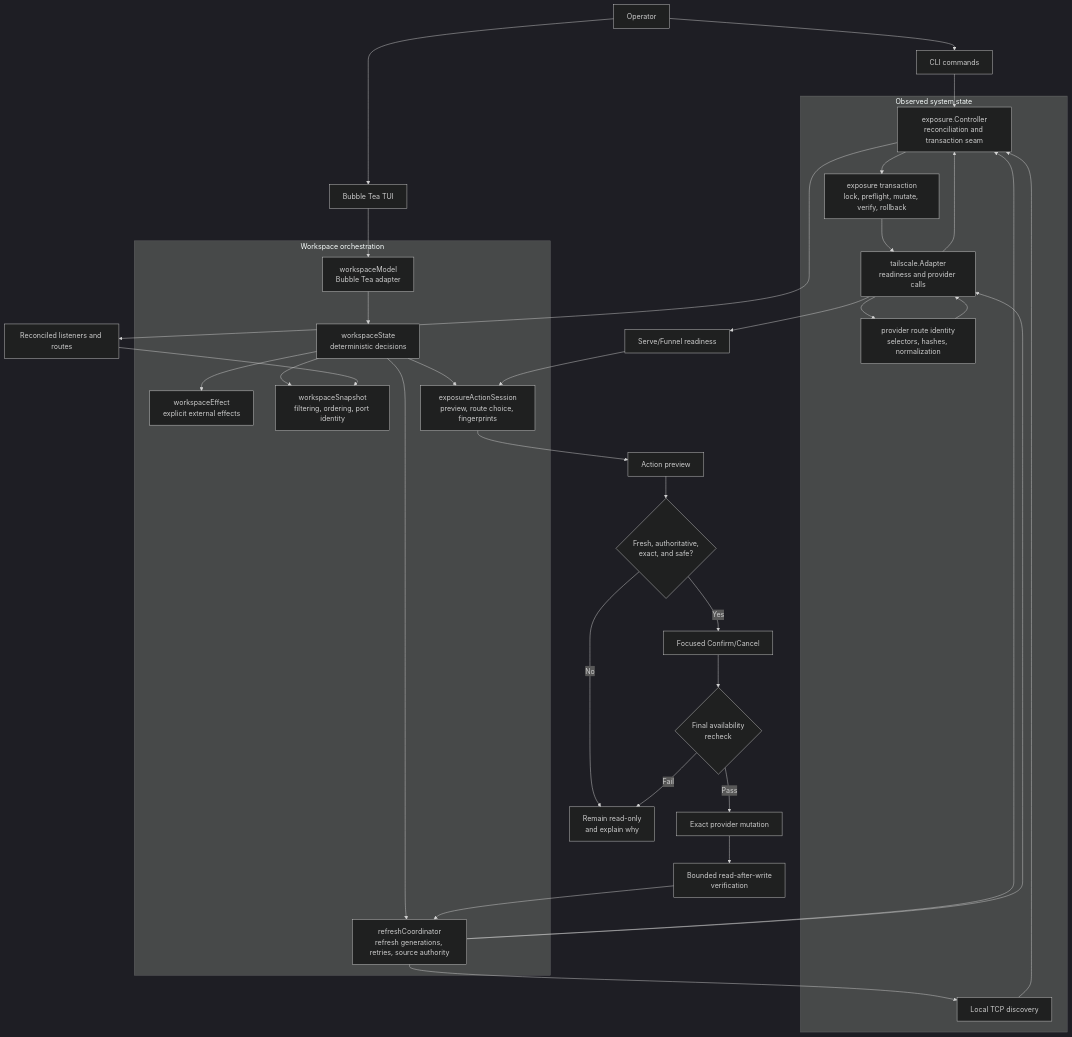
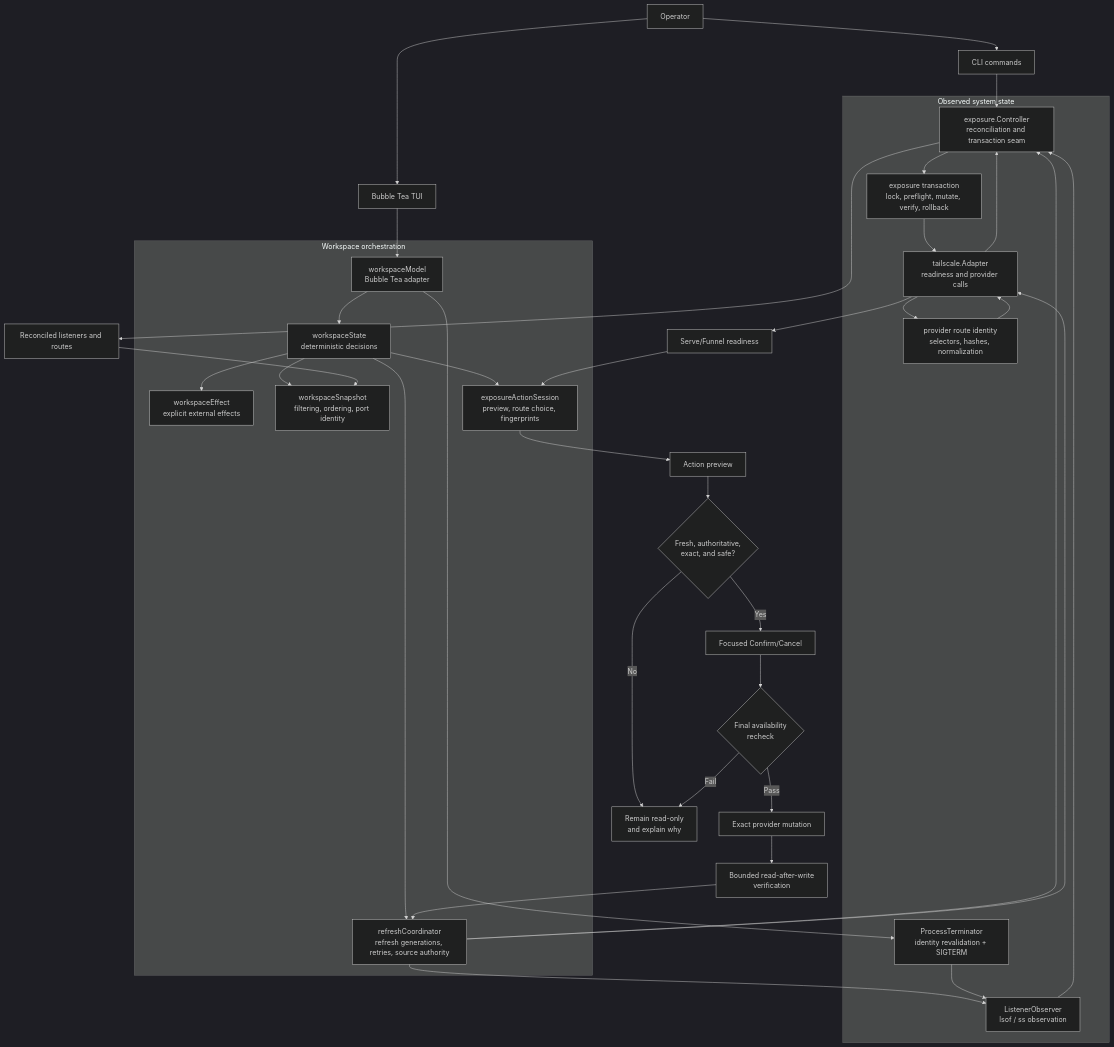
Before and after one commit to arrokh/tailge: the second of 2 diagrams in docs/architecture.md, drawn with Mermaid (dark theme). The commit also changed other lines of this file and 7 other files, not shown here.

First line of the commit message:
[tailge][refactor] Separate listener observation and process termination (#9)

````diff
--- a/docs/architecture.md
+++ b/docs/architecture.md
@@ -70,58 +70,61 @@
 ```mermaid
 flowchart TD
     Operator[Operator]
     CLI[CLI commands]
     TUI[Bubble Tea TUI]
 
     Operator --> CLI
     Operator --> TUI
 
     subgraph Workspace[Workspace orchestration]
         Model[workspaceModel<br/>Bubble Tea adapter]
         State[workspaceState<br/>deterministic decisions]
         Effects[workspaceEffect<br/>explicit external effects]
         Refresh[refreshCoordinator<br/>refresh generations, retries, source authority]
         Snapshot[workspaceSnapshot<br/>filtering, ordering, port identity]
         Action[exposureActionSession<br/>preview, route choice, fingerprints]
     end
 
     TUI --> Model
     Model --> State
     State --> Effects
     State --> Refresh
     State --> Snapshot
     State --> Action
 
     subgraph Sources[Observed system state]
-        Discovery[Local TCP discovery]
+        Discovery[ListenerObserver<br/>lsof / ss observation]
+        Termination[ProcessTerminator<br/>identity revalidation + SIGTERM]
         Controller[exposure.Controller<br/>reconciliation and transaction seam]
         Transaction[exposure transaction<br/>lock, preflight, mutate, verify, rollback]
         Adapter[tailscale.Adapter<br/>readiness and provider calls]
         Identity[provider route identity<br/>selectors, hashes, normalization]
     end
 
     CLI --> Controller
     Refresh --> Discovery
     Refresh --> Controller
     Refresh --> Adapter
     Discovery --> Controller
     Adapter --> Identity
     Identity --> Adapter
     Controller --> Transaction
     Transaction --> Adapter
+    Model --> Termination
+    Termination --> Discovery
     Adapter --> Controller
     Controller --> Observations[Reconciled listeners and routes]
     Observations --> Snapshot
     Adapter --> Readiness[Serve/Funnel readiness]
     Readiness --> Action
 
     Action --> Preview[Action preview]
     Preview --> Gate{Fresh, authoritative,<br/>exact, and safe?}
     Gate -->|No| Block[Remain read-only<br/>and explain why]
     Gate -->|Yes| Confirm[Focused Confirm/Cancel]
     Confirm --> Recheck{Final availability<br/>recheck}
     Recheck -->|Fail| Block
     Recheck -->|Pass| Mutate[Exact provider mutation]
     Mutate --> Verify[Bounded read-after-write<br/>verification]
     Verify --> Refresh
 ```
````
